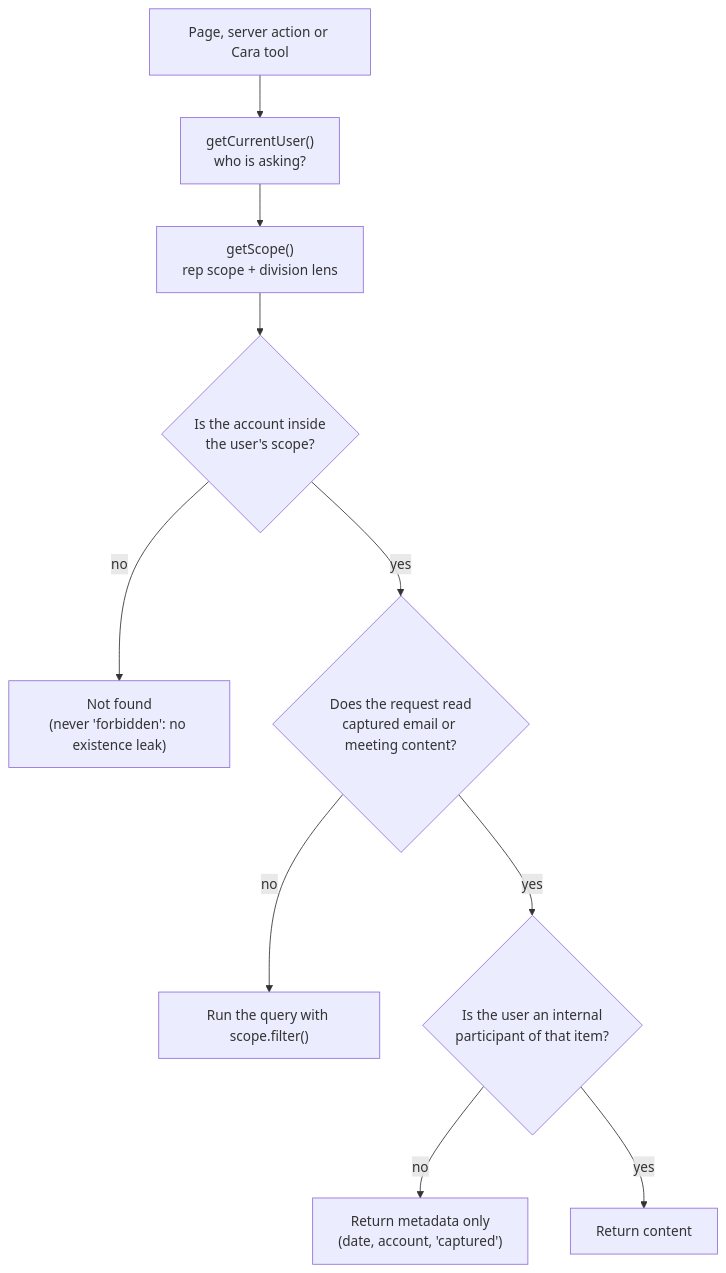
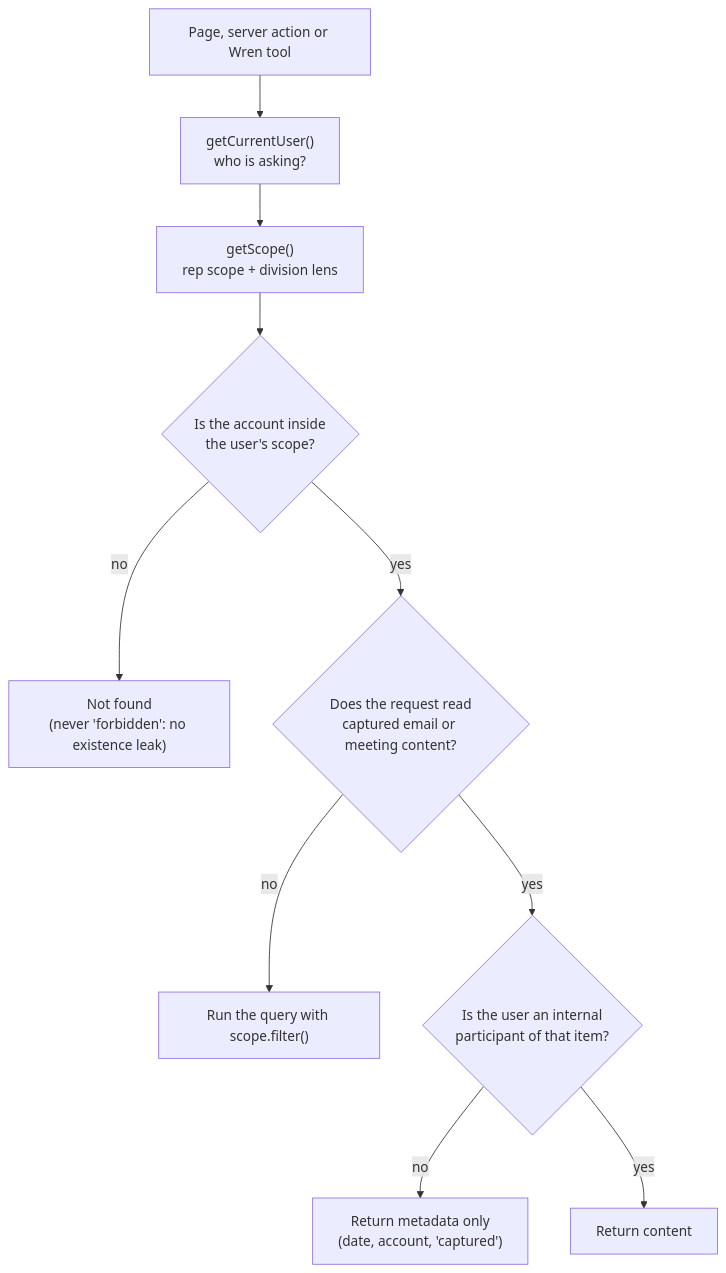
One commit to sonishivam1/ambient-crm changed the diagram in docs/architecture/security.md. Above: the diagram before and after it, drawn with Mermaid. The commit also changed 21 other files, not shown here.

First line of the commit message:
refactor: rename the AI assistant from Cara to Wren

````diff
--- a/docs/architecture/security.md
+++ b/docs/architecture/security.md
@@ -13,12 +13,12 @@
 ```mermaid
 flowchart TD
-  req["Page, server action or Cara tool"] --> who["getCurrentUser()<br/>who is asking?"]
+  req["Page, server action or Wren tool"] --> who["getCurrentUser()<br/>who is asking?"]
   who --> scope["getScope()<br/>rep scope + division lens"]
   scope --> q1{"Is the account inside<br/>the user's scope?"}
   q1 -- no --> deny["Not found<br/>(never 'forbidden': no existence leak)"]
   q1 -- yes --> content{"Does the request read<br/>captured email or meeting content?"}
   content -- no --> ok["Run the query with scope.filter()"]
   content -- yes --> fence{"Is the user an internal<br/>participant of that item?"}
   fence -- no --> meta["Return metadata only<br/>(date, account, 'captured')"]
   fence -- yes --> full["Return content"]
 ```
````
